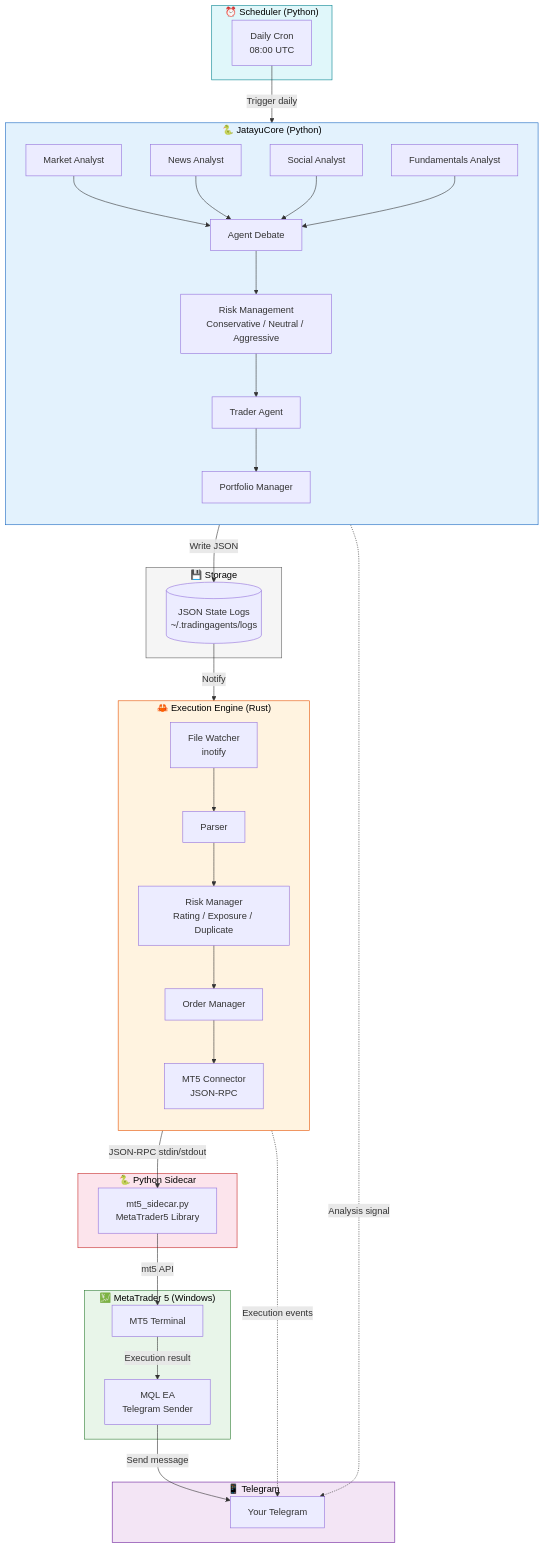
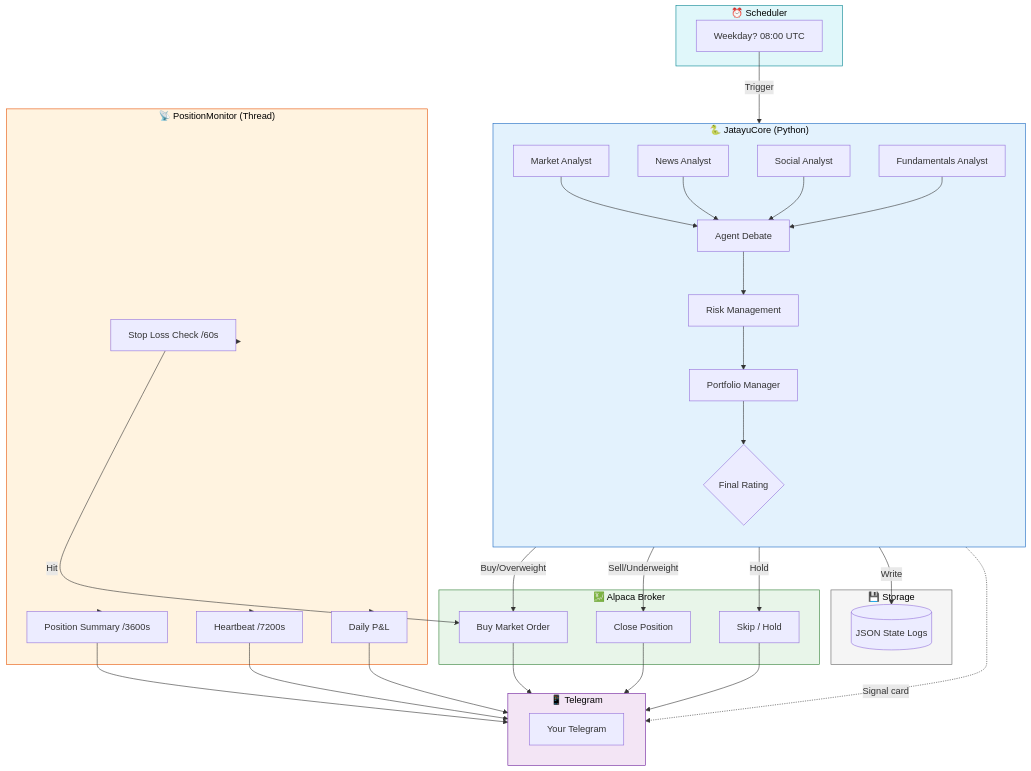
The first of 2 diagrams in docs/architecture.md (komelImoet/JatayuCore), drawn with Mermaid before and after one commit. The commit also changed other lines of this file and 11 other files, not shown here.

First line of the commit message:
docs: update with Alpaca + monitor + logo + all new features

````diff
--- a/docs/architecture.md
+++ b/docs/architecture.md
@@ -5,60 +5,63 @@
 ```mermaid
 flowchart TB
-    subgraph Scheduler["⏰ Scheduler (Python)"]
-        S[Daily Cron<br/>08:00 UTC]
+    subgraph Scheduler["⏰ Scheduler"]
+        S[Weekday? 08:00 UTC]
     end
-    
-    subgraph TA["🐍 JatayuCore (Python)"]
+
+    subgraph JatayuCore["🐍 JatayuCore (Python)"]
         direction TB
         A1[Market Analyst] --> AD[Agent Debate]
         A2[News Analyst] --> AD
         A3[Social Analyst] --> AD
         A4[Fundamentals Analyst] --> AD
-        AD --> RMG[Risk Management<br/>Conservative / Neutral / Aggressive]
-        RMG --> TR[Trader Agent]
-        TR --> PM[Portfolio Manager]
+        AD --> RMG[Risk Management]
+        RMG --> PM[Portfolio Manager]
+        PM --> SIG{Final Rating}
     end
-    
+
+    subgraph Alpaca["💹 Alpaca Broker"]
+        BUY[Buy Market Order]
+        SELL[Close Position]
+        SKIP[Skip / Hold]
+    end
+
+    subgraph Monitor["📡 PositionMonitor (Thread)"]
+        SL[Stop Loss Check /60s]
+        SUM[Position Summary /3600s]
+        HB[Heartbeat /7200s]
+        PNL[Daily P&L]
+    end
+
     subgraph Storage["💾 Storage"]
-        JS[(JSON State Logs<br/>~/.tradingagents/logs)]
+        JS[(JSON State Logs)]
     end
-    
-    subgraph Engine["🦀 Execution Engine (Rust)"]
-        direction TB
-        W[File Watcher<br/>inotify] --> P[Parser]
-        P --> RK[Risk Manager<br/>Rating / Exposure / Duplicate]
-        RK --> OM[Order Manager]
-        OM --> C[MT5 Connector<br/>JSON-RPC]
-    end
-    
-    subgraph Sidecar["🐍 Python Sidecar"]
-        SC[mt5_sidecar.py<br/>MetaTrader5 Library]
-    end
-    
-    subgraph MT5["💹 MetaTrader 5 (Windows)"]
-        MT[MT5 Terminal]
-        EA[MQL EA<br/>Telegram Sender]
-    end
-    
+
     subgraph TG["📱 Telegram"]
         CHAT[Your Telegram]
     end
-    
-    S -->|Trigger daily| TA
-    TA -->|Write JSON| JS
-    JS -->|Notify| W
-    C -->|JSON-RPC stdin/stdout| SC
-    SC -->|mt5 API| MT
-    MT -->|Execution result| EA
-    EA -->|Send message| CHAT
-    TA -.->|Analysis signal| CHAT
-    Engine -.->|Execution events| CHAT
-    
-    style TA fill:#e3f2fd,stroke:#1565c0,color:#000
-    style Engine fill:#fff3e0,stroke:#e65100,color:#000
-    style Sidecar fill:#fce4ec,stroke:#c62828,color:#000
-    style MT5 fill:#e8f5e9,stroke:#2e7d32,color:#000
+
+    S -->|Trigger| JatayuCore
+    JatayuCore -->|Write| JS
+
+    SIG -->|Buy/Overweight| BUY
+    SIG -->|Sell/Underweight| SELL
+    SIG -->|Hold| SKIP
+
+    BUY --> TG
+    SELL --> TG
+    SKIP --> TG
+
+    Monitor --> SL -->|Hit| BUY
+    Monitor --> SUM --> TG
+    Monitor --> HB --> TG
+    Monitor --> PNL --> TG
+
+    JatayuCore -.->|Signal card| TG
+
+    style JatayuCore fill:#e3f2fd,stroke:#1565c0,color:#000
+    style Alpaca fill:#e8f5e9,stroke:#2e7d32,color:#000
+    style Monitor fill:#fff3e0,stroke:#e65100,color:#000
     style TG fill:#f3e5f5,stroke:#6a1b9a,color:#000
+    style Scheduler fill:#e0f7fa,stroke:#00838f,color:#000
     style Storage fill:#f5f5f5,stroke:#616161,color:#000
-    style Scheduler fill:#e0f7fa,stroke:#00838f,color:#000
 ```
````
